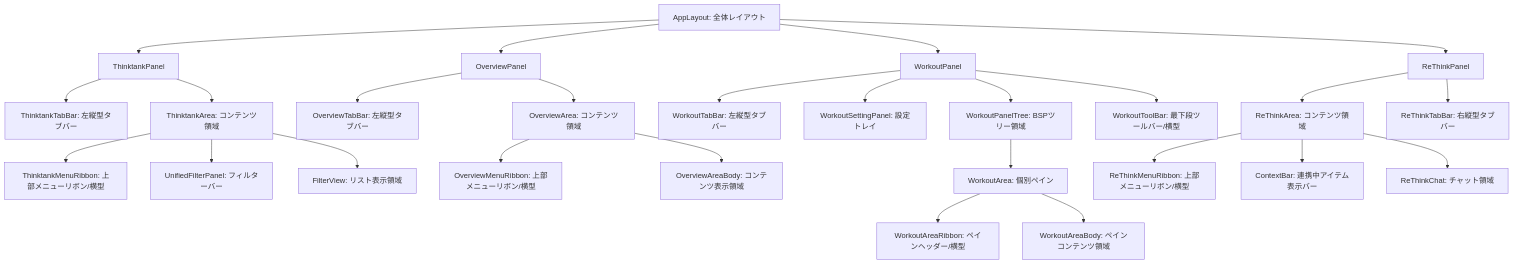
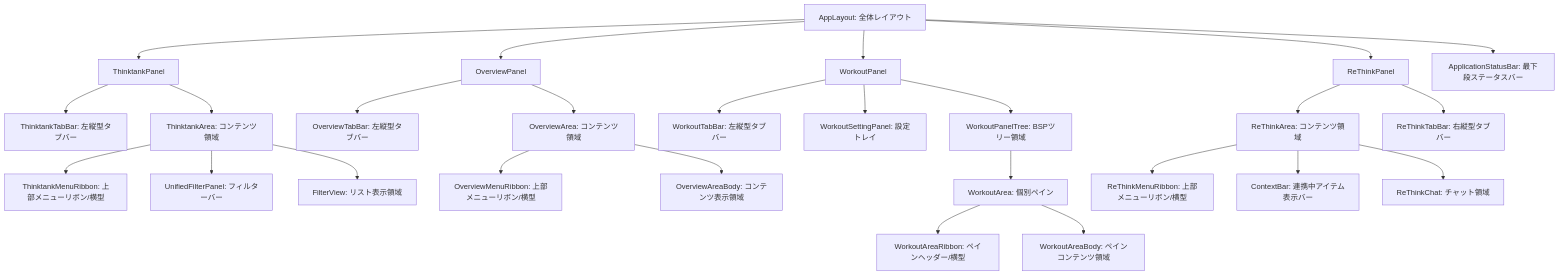
One commit to gogowooky/ThinktankWebCC changed the diagram in docs/260606_Thinktank仕様書/02_UI・画面レイアウト仕様.md. Above: the diagram before and after it, drawn with Mermaid. The commit also changed other lines of this file and 6 other files, not shown here.

Commit message:
refactor: WorkoutToolBarをApplicationStatusBarとしてAppLayoutの最下段に設置

````diff
--- a/docs/260606_Thinktank仕様書/02_UI・画面レイアウト仕様.md
+++ b/docs/260606_Thinktank仕様書/02_UI・画面レイアウト仕様.md
@@ -26,32 +26,32 @@
 ```mermaid
 graph TD
     AppLayout[AppLayout: 全体レイアウト] --> TTP[ThinktankPanel]
     AppLayout --> OP[OverviewPanel]
     AppLayout --> WP[WorkoutPanel]
     AppLayout --> RTP[ReThinkPanel]
+    AppLayout --> ASB[ApplicationStatusBar: 最下段ステータスバー]
 
     TTP --> TTR[ThinktankTabBar: 左縦型タブバー]
     TTP --> TTA[ThinktankArea: コンテンツ領域]
     TTA --> TTMR[ThinktankMenuRibbon: 上部メニューリボン/横型]
     TTA --> TTF[UnifiedFilterPanel: フィルターバー]
     TTA --> TTB[FilterView: リスト表示領域]
 
     OP --> OPR[OverviewTabBar: 左縦型タブバー]
     OP --> OPA[OverviewArea: コンテンツ領域]
     OPA --> OPMR[OverviewMenuRibbon: 上部メニューリボン/横型]
     OPA --> OPB[OverviewAreaBody: コンテンツ表示領域]
 
     WP --> WRB[WorkoutTabBar: 左縦型タブバー]
     WP --> WSP[WorkoutSettingPanel: 設定トレイ]
     WP --> WPT[WorkoutPanelTree: BSPツリー領域]
     WPT --> BSP[WorkoutArea: 個別ペイン]
     BSP --> WAR[WorkoutAreaRibbon: ペインヘッダー/横型]
     BSP --> WAB[WorkoutAreaBody: ペインコンテンツ領域]
-    WP --> WTB[WorkoutToolBar: 最下段ツールバー/横型]
 
     RTP --> RTA[ReThinkArea: コンテンツ領域]
     RTA --> RTMR[ReThinkMenuRibbon: 上部メニューリボン/横型]
     RTA --> RTCB[ContextBar: 連携中アイテム表示バー]
     RTA --> RTCH[ReThinkChat: チャット領域]
     RTP --> RTR[ReThinkTabBar: 右縦型タブバー]
 ```
````
